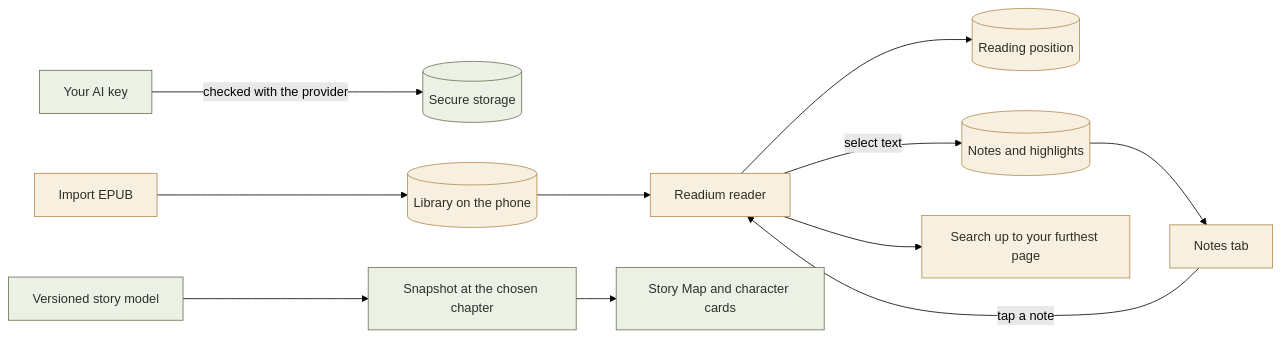
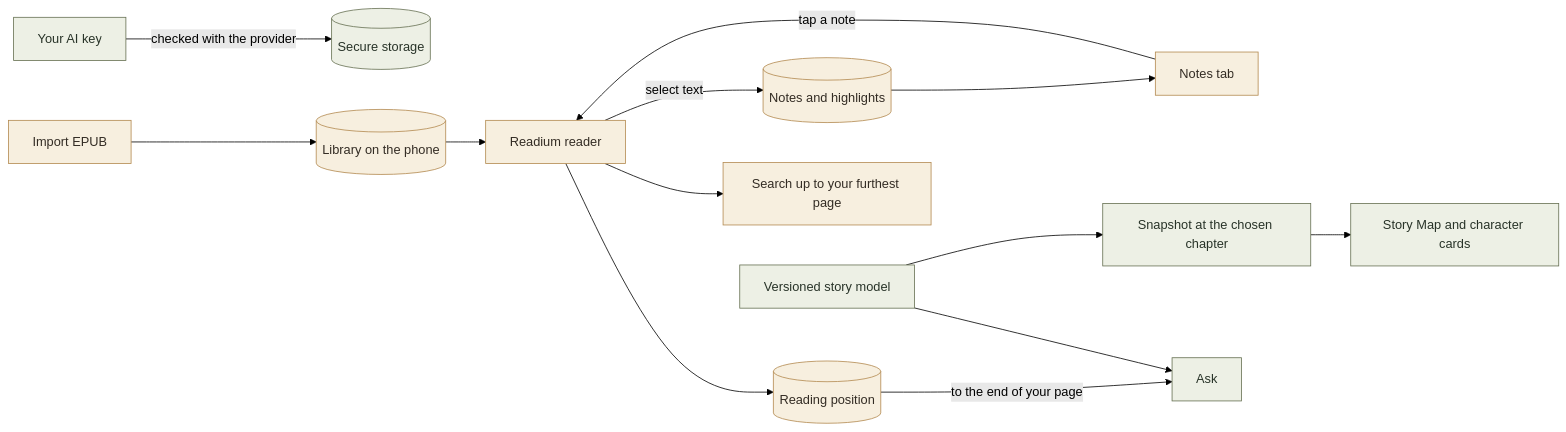
One commit to bennyxzeng/Loremark changed the diagram in README.md. Above: the diagram before and after it, drawn with Mermaid (forest theme). The commit also changed other lines of this file and 48 other files, not shown here.

````diff
--- a/README.md
+++ b/README.md
@@ -72,18 +72,20 @@
 ```mermaid
 flowchart LR
     K[Your AI key] -->|checked with the provider| S[(Secure storage)]
     A[Import EPUB] --> L[(Library on the phone)]
     L --> R[Readium reader]
     R --> P[(Reading position)]
     R -->|select text| N[(Notes and highlights)]
     N --> T[Notes tab]
     T -->|tap a note| R
     R --> Q[Search up to your furthest page]
     M[Versioned story model] --> C[Snapshot at the chosen chapter]
     C --> G[Story Map and character cards]
+    P -->|to the end of your page| X[Ask]
+    M --> X
 
     classDef reading fill:#f7efdf,stroke:#b38a50,color:#332c24;
     classDef story fill:#edf0e5,stroke:#667052,color:#283328;
     class A,L,R,P,N,T,Q reading;
-    class K,S,M,C,G story;
+    class K,S,M,C,G,X story;
 ```
````
